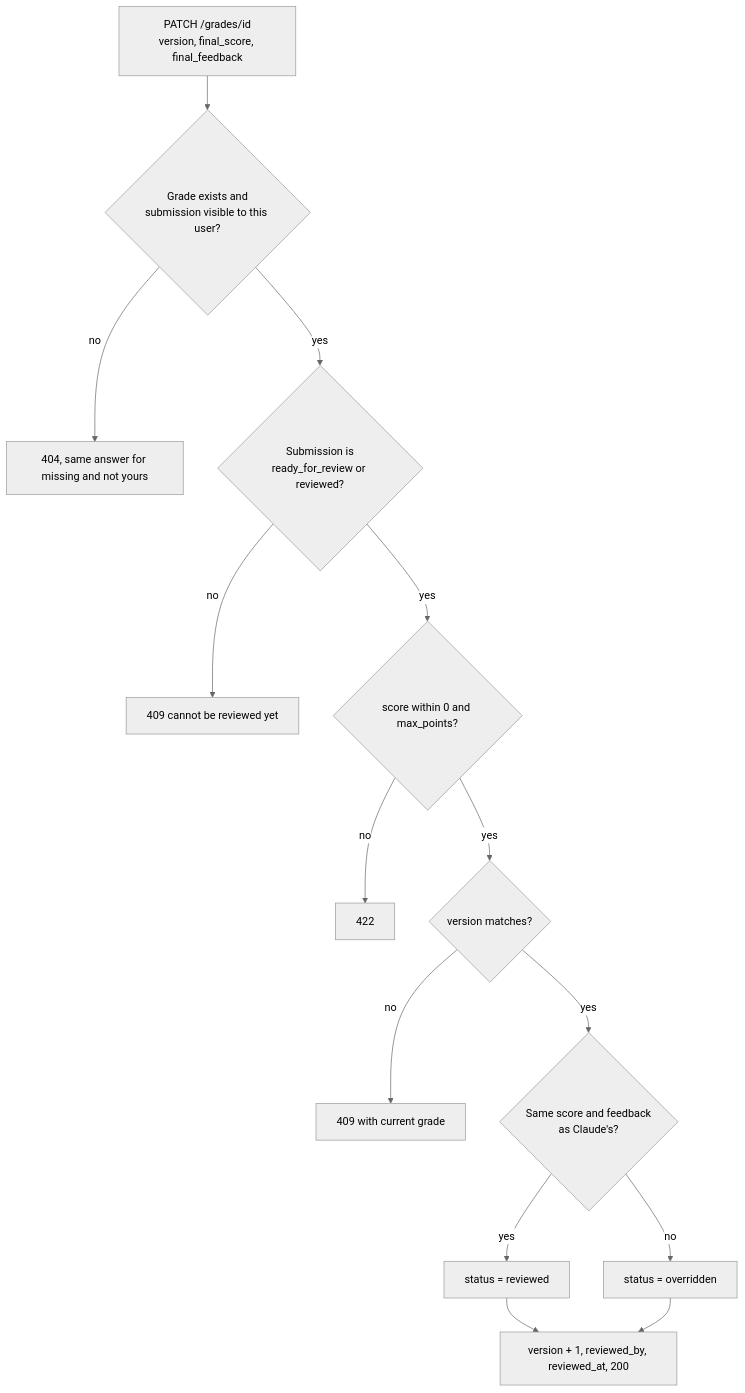
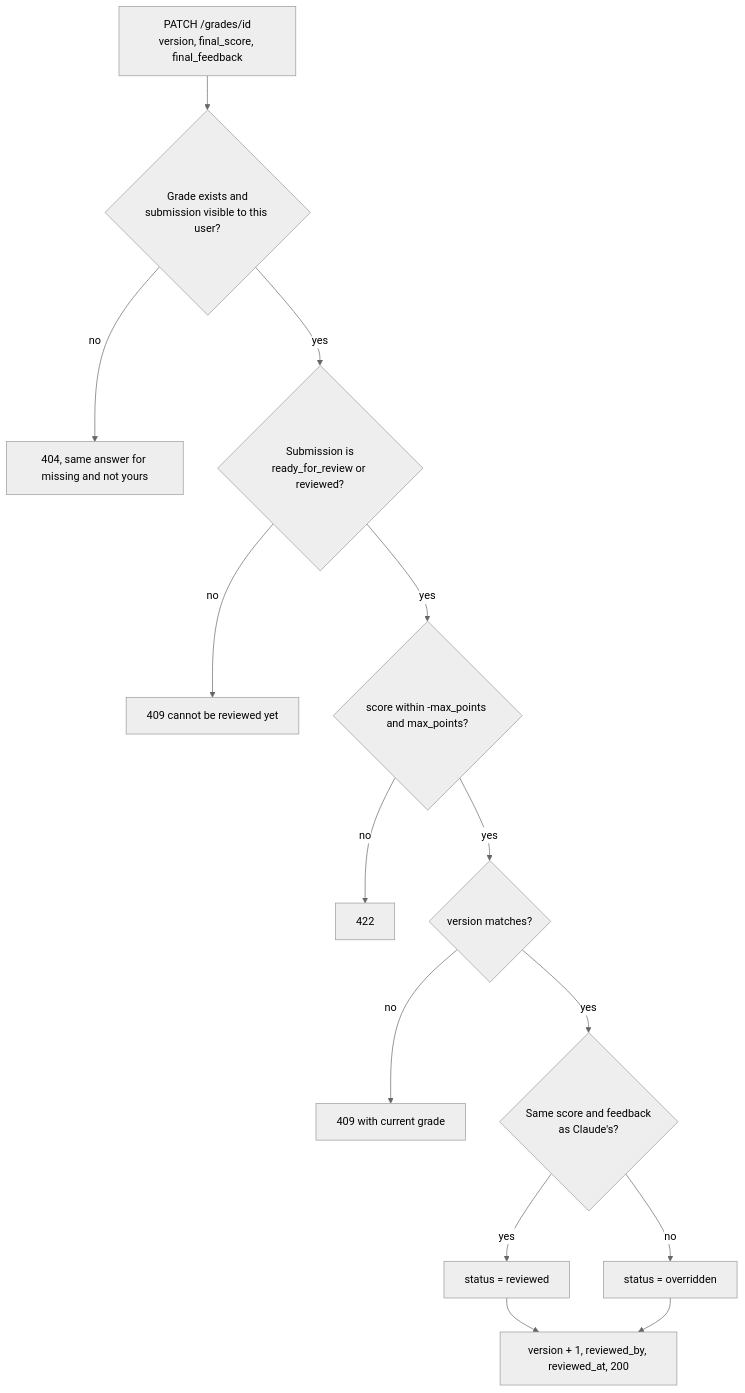
One commit to achintya-labs/AIPaperCorrection changed the sixth of 10 diagrams in docs/workflows.md. Above: the diagram before and after it, drawn with Mermaid (neutral theme). The commit also changed other lines of this file and 62 other files, not shown here.

````diff
--- a/docs/workflows.md
+++ b/docs/workflows.md
@@ -266,16 +266,16 @@
 ```mermaid
 flowchart TD
     E["PATCH /grades/id<br/>version, final_score, final_feedback"] --> V{"Grade exists and<br/>submission visible to this user?"}
     V -- no --> N["404, same answer for missing and not yours"]
     V -- yes --> S{"Submission is<br/>ready_for_review or reviewed?"}
     S -- no --> C1["409 cannot be reviewed yet"]
-    S -- yes --> M{"score within 0 and max_points?"}
+    S -- yes --> M{"score within -max_points and max_points?"}
     M -- no --> U["422"]
     M -- yes --> Q{"version matches?"}
     Q -- no --> C2["409 with current grade"]
     Q -- yes --> Z{"Same score and feedback<br/>as Claude's?"}
     Z -- yes --> R1["status = reviewed"]
     Z -- no --> R2["status = overridden"]
     R1 --> OUT["version + 1, reviewed_by, reviewed_at, 200"]
     R2 --> OUT
 ```
````
